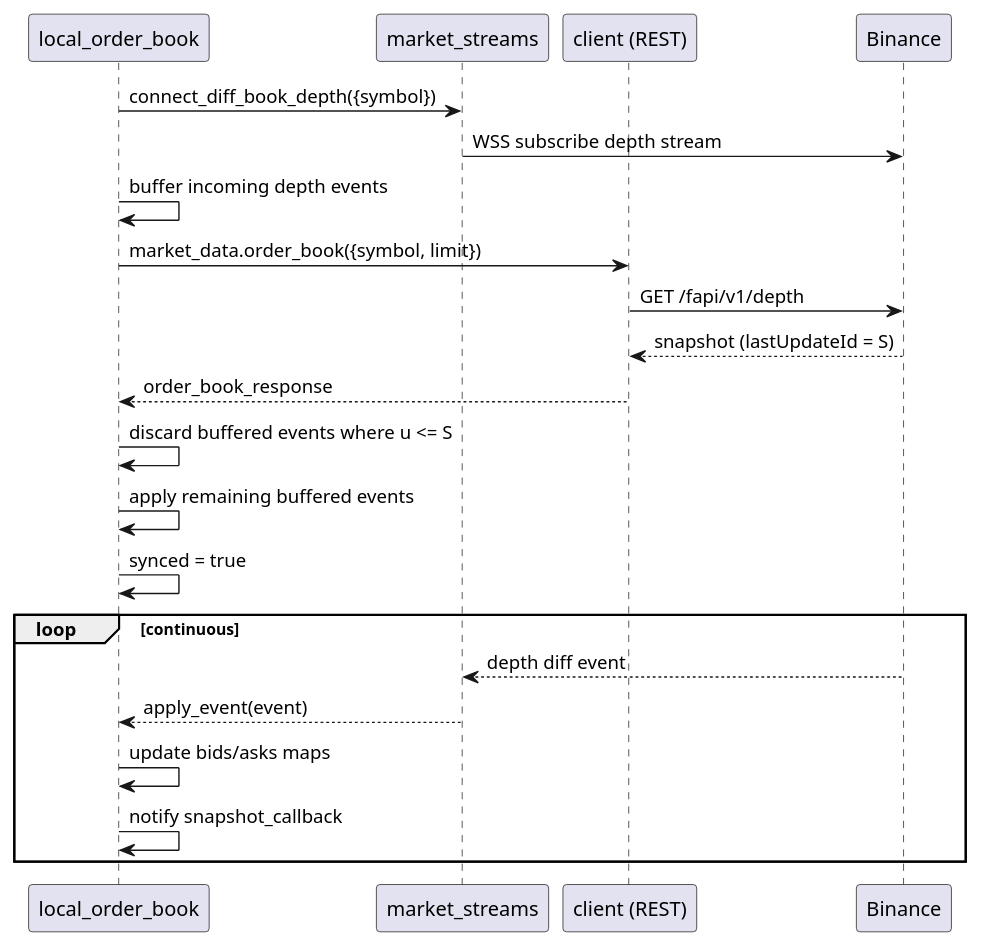
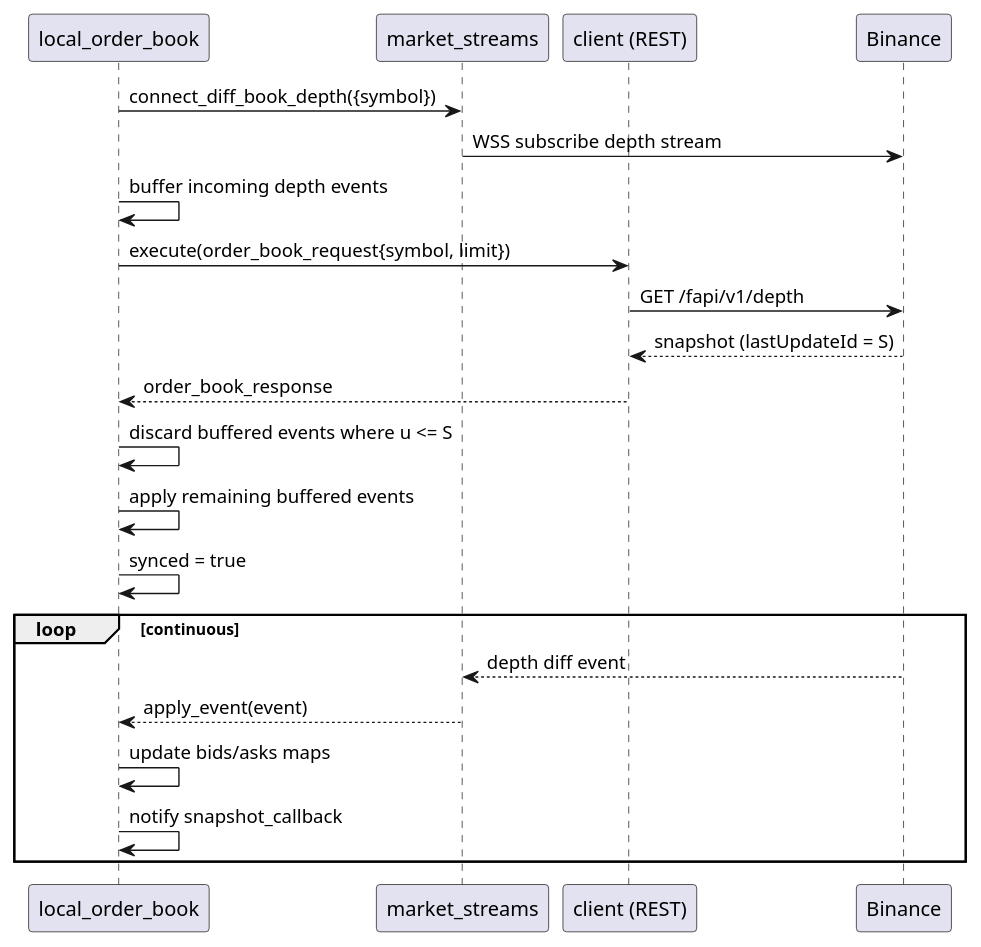
The sixth of 8 diagrams in docs/DESIGN.md (agutikov/binapi), drawn with PlantUML before and after one commit. The commit also changed other lines of this file and 3 other files, not shown here.

````diff
--- a/docs/DESIGN.md
+++ b/docs/DESIGN.md
@@ -208,29 +282,29 @@
 ```plantuml
 @startuml
 participant "local_order_book" as LOB
 participant "market_streams" as MS
 participant "client (REST)" as REST
 participant "Binance" as B
 
 LOB -> MS: connect_diff_book_depth({symbol})
 MS -> B: WSS subscribe depth stream
 
 LOB -> LOB: buffer incoming depth events
 
-LOB -> REST: market_data.order_book({symbol, limit})
+LOB -> REST: execute(order_book_request{symbol, limit})
 REST -> B: GET /fapi/v1/depth
 B --> REST: snapshot (lastUpdateId = S)
 REST --> LOB: order_book_response
 
 LOB -> LOB: discard buffered events where u <= S
 LOB -> LOB: apply remaining buffered events
 LOB -> LOB: synced = true
 
 loop continuous
   B --> MS: depth diff event
   MS --> LOB: apply_event(event)
   LOB -> LOB: update bids/asks maps
   LOB -> LOB: notify snapshot_callback
 end
 @enduml
 ```
````
